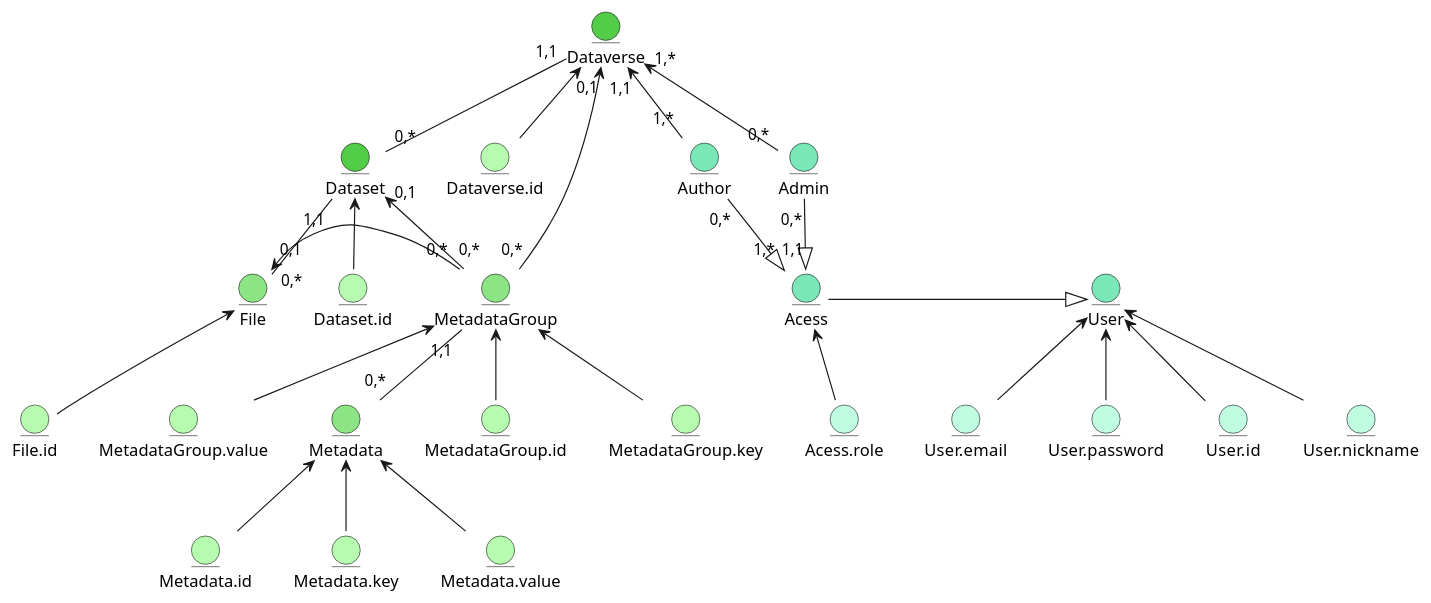
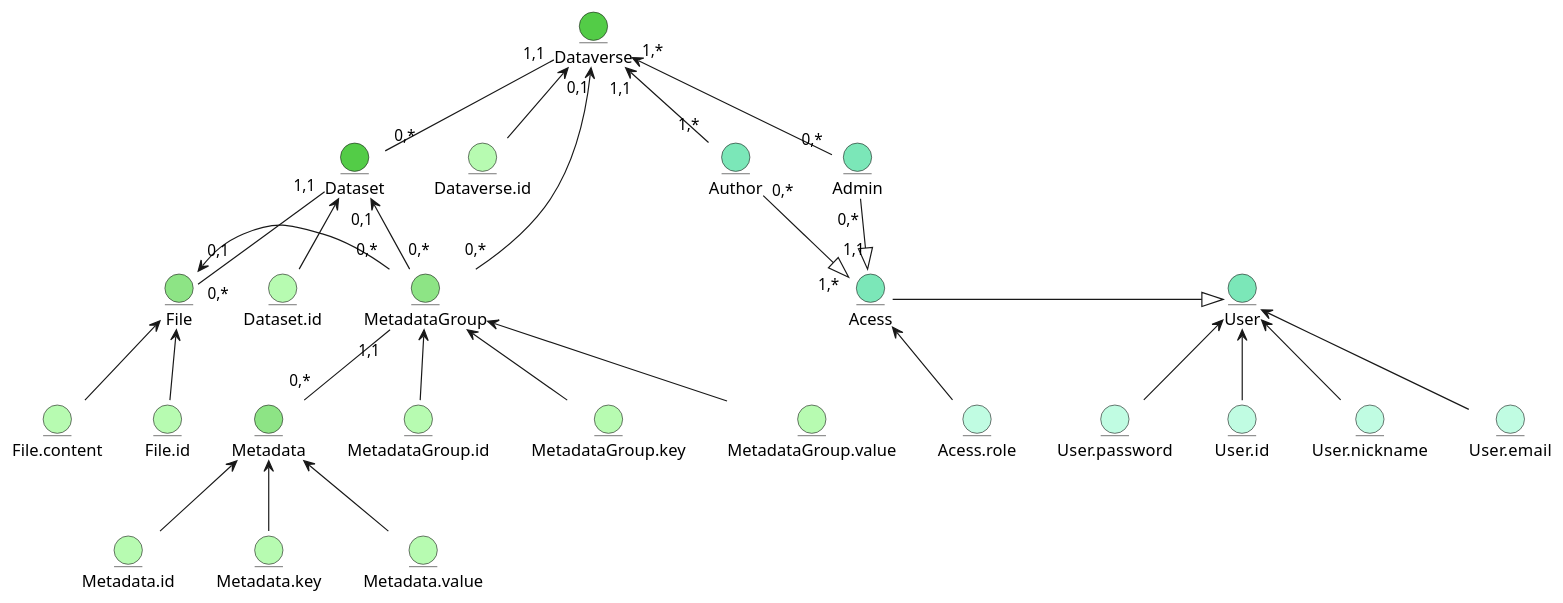
Before and after one commit to boldak/database_basics_template: the diagram in src/uml/ER_1.puml, drawn with PlantUML.

```diff
--- a/src/uml/ER_1.puml
+++ b/src/uml/ER_1.puml
@@ -1,65 +1,67 @@
 @startuml
 entity Dataverse #53CC47
 entity Dataverse.id #B7FBB1
 
 entity Dataset #53CC47
 entity Dataset.id #B7FBB1
 
 entity File #8DE485
 entity File.id #B7FBB1
+entity File.content #B7FBB1
 
 entity MetadataGroup #8DE485
 entity MetadataGroup.id #B7FBB1
 entity MetadataGroup.key #B7FBB1
 entity MetadataGroup.value #B7FBB1
 
 entity Metadata #8DE485
 entity Metadata.id #B7FBB1
 entity Metadata.key #B7FBB1
 entity Metadata.value #B7FBB1
 
 entity Admin #7BE7B8
 entity Author #7BE7B8
 
 entity User #7BE7B8
 entity User.id #C0FCE2
 entity User.nickname #C0FCE2
 entity User.email #C0FCE2
 entity User.password #C0FCE2
 
 entity Acess #7BE7B8
 entity Acess.role #C0FCE2
 
 Dataverse <-- Dataverse.id
 Dataverse "1,*"<--"0,*" Admin
 Dataverse "1,1"<--"1,*" Author
 Dataverse "1,1"--"0,*" Dataset
 
 
 MetadataGroup <-- MetadataGroup.id
 MetadataGroup <-- MetadataGroup.key
 MetadataGroup <-- MetadataGroup.value
 
 MetadataGroup "0,*"-l->"0,1" File
 MetadataGroup "0,*"-r->"0,1" Dataverse
 MetadataGroup "0,*"-->"0,1" Dataset
 MetadataGroup "1,1"--"0,*" Metadata
 
 Metadata <-- Metadata.id
 Metadata <-- Metadata.key
 Metadata <-- Metadata.value
 
 File <-- File.id
+File <-- File.content
 
 Dataset <-- Dataset.id
 Dataset "1,1"--"0,*" File
 
 Author "0,*"--|>"1,*" Acess
 Admin "0,*"--|>"1,1" Acess
 User <|-l- Acess
 Acess <-- Acess.role
 User <-- User.id
 User <-- User.nickname
 User <-- User.email
 User <-- User.password
 @enduml
```
